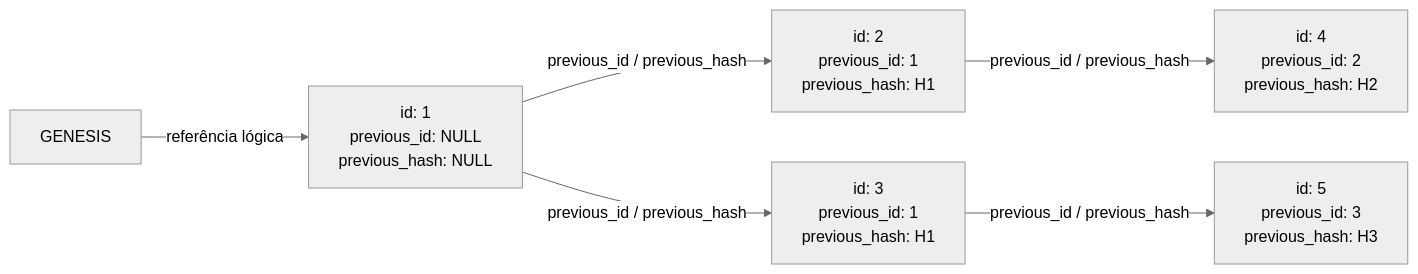
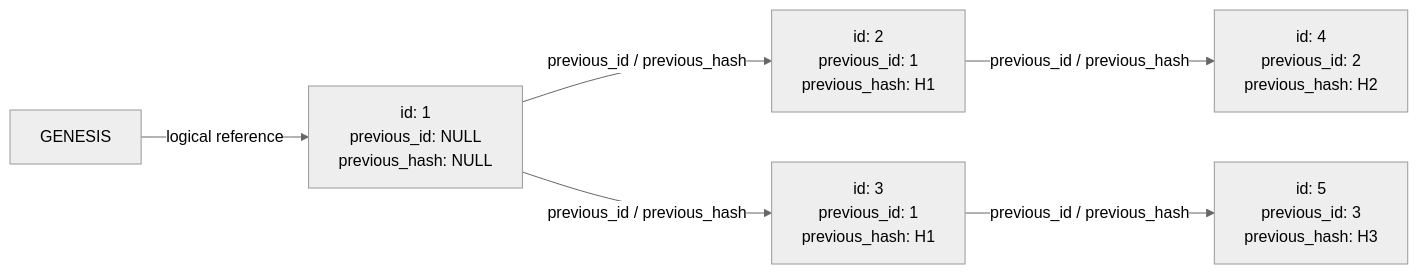
Before and after one commit to blogdoft/RavenLedger: the fourth of 4 diagrams in docs/Process/Features/FT-03-persistencia-imutavel.md, drawn with Mermaid (neutral theme). The commit also changed other lines of this file and 12 other files, not shown here.

````diff
--- a/docs/Process/Features/FT-03-persistencia-imutavel.md
+++ b/docs/Process/Features/FT-03-persistencia-imutavel.md
@@ -269,16 +269,16 @@
 ```mermaid
 flowchart LR
     G["GENESIS"]
 
     R1["id: 1<br/>previous_id: NULL<br/>previous_hash: NULL"]
     R2["id: 2<br/>previous_id: 1<br/>previous_hash: H1"]
     R3["id: 3<br/>previous_id: 1<br/>previous_hash: H1"]
     R4["id: 4<br/>previous_id: 2<br/>previous_hash: H2"]
     R5["id: 5<br/>previous_id: 3<br/>previous_hash: H3"]
 
-    G -->|"referência lógica"| R1
+    G -->|"logical reference"| R1
     R1 -->|"previous_id / previous_hash"| R2
     R1 -->|"previous_id / previous_hash"| R3
     R2 -->|"previous_id / previous_hash"| R4
     R3 -->|"previous_id / previous_hash"| R5
 ```
````
